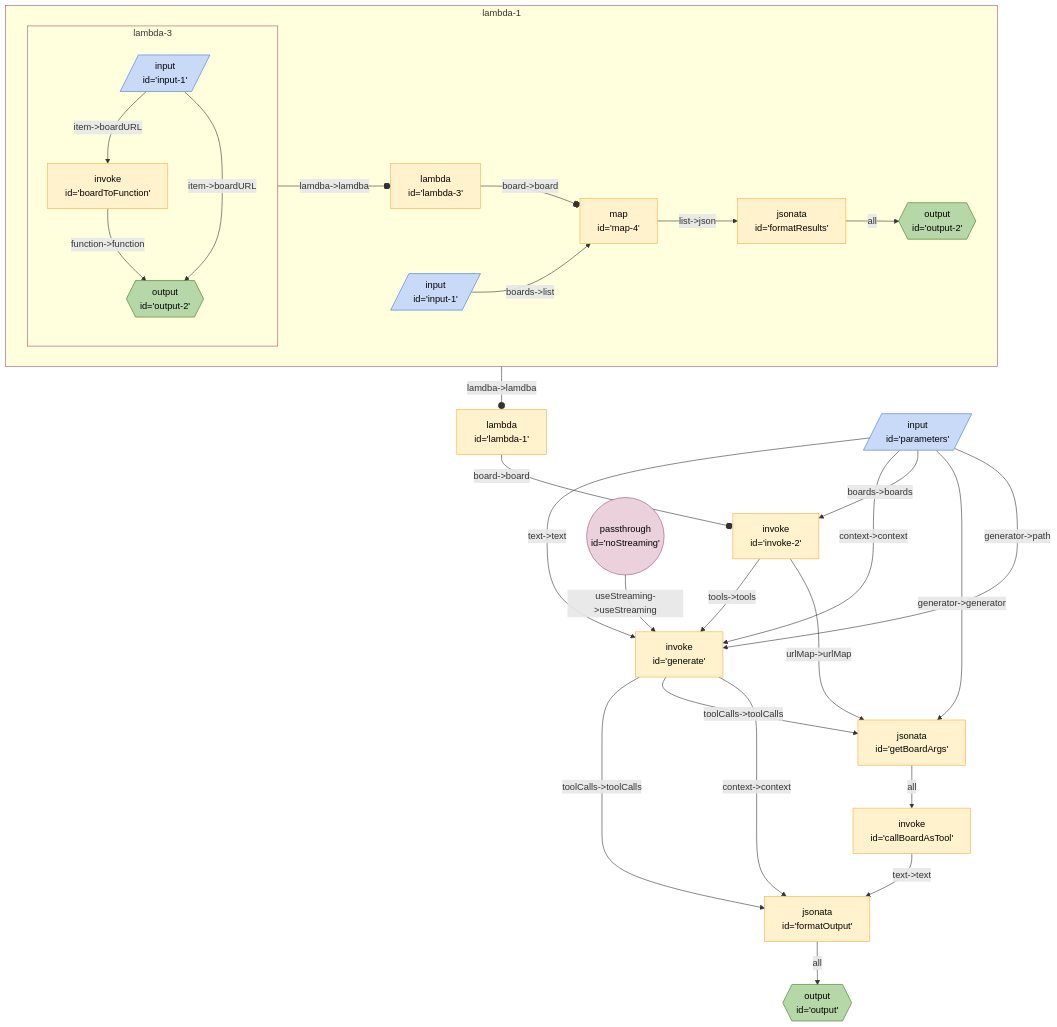
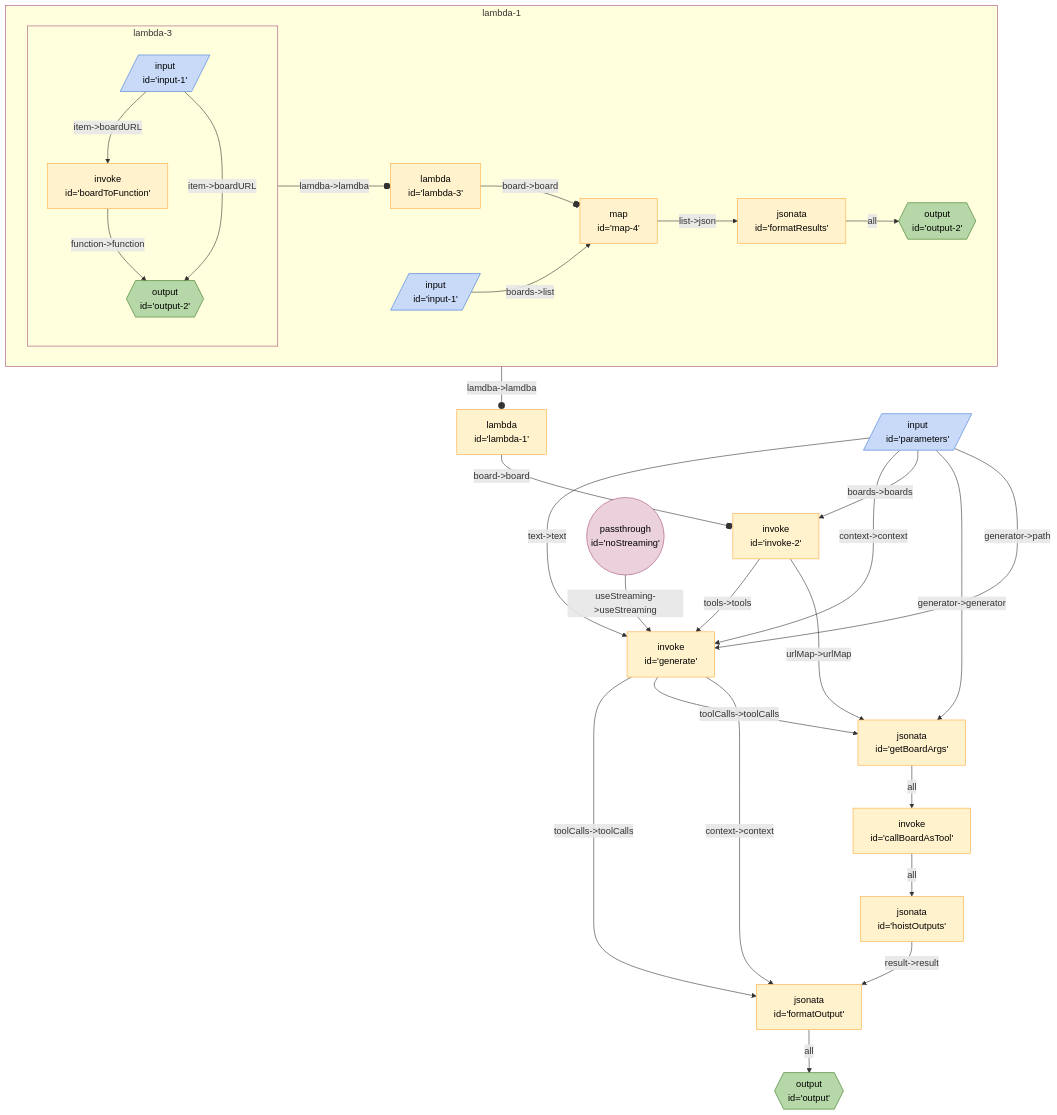
One commit to breadboard-ai/breadboard changed the diagram in seeds/breadboard-web/docs/graphs/board-caller.md. Above: the diagram before and after it, drawn with Mermaid. The commit also changed 4 other files, not shown here.

````diff
--- a/seeds/breadboard-web/docs/graphs/board-caller.md
+++ b/seeds/breadboard-web/docs/graphs/board-caller.md
@@ -3,42 +3,43 @@
 ```mermaid
 %%{init: 'themeVariables': { 'fontFamily': 'Fira Code, monospace' }}%%
 graph TD;
 lambda1["lambda <br> id='lambda-1'"] -- "board->board" --o invoke2["invoke <br> id='invoke-2'"]
 subgraph sg_lambda1 [lambda-1]
 lambda1_lambda3["lambda <br> id='lambda-3'"] -- "board->board" --o lambda1_map4["map <br> id='map-4'"]
 subgraph sg_lambda3 [lambda-3]
 lambda1_lambda3_boardToFunction["invoke <br> id='boardToFunction'"] -- "function->function" --> lambda1_lambda3_output2{{"output <br> id='output-2'"}}:::output
 lambda1_lambda3_input1[/"input <br> id='input-1'"/]:::input -- "item->boardURL" --> lambda1_lambda3_boardToFunction["invoke <br> id='boardToFunction'"]
 lambda1_lambda3_input1[/"input <br> id='input-1'"/]:::input -- "item->boardURL" --> lambda1_lambda3_output2{{"output <br> id='output-2'"}}:::output
 end
 sg_lambda3:::slotted -- "lamdba->lamdba" --o lambda1_lambda3
 
 lambda1_formatResults["jsonata <br> id='formatResults'"] -- all --> lambda1_output2{{"output <br> id='output-2'"}}:::output
 lambda1_map4["map <br> id='map-4'"] -- "list->json" --> lambda1_formatResults["jsonata <br> id='formatResults'"]
 lambda1_input1[/"input <br> id='input-1'"/]:::input -- "boards->list" --> lambda1_map4["map <br> id='map-4'"]
 end
 sg_lambda1:::slotted -- "lamdba->lamdba" --o lambda1
 
 noStreaming(("passthrough <br> id='noStreaming'")):::passthrough -- "useStreaming->useStreaming" --> generate["invoke <br> id='generate'"]
 generate["invoke <br> id='generate'"] -- "toolCalls->toolCalls" --> formatOutput["jsonata <br> id='formatOutput'"]
 parameters[/"input <br> id='parameters'"/]:::input -- "text->text" --> generate["invoke <br> id='generate'"]
 parameters[/"input <br> id='parameters'"/]:::input -- "context->context" --> generate["invoke <br> id='generate'"]
 invoke2["invoke <br> id='invoke-2'"] -- "tools->tools" --> generate["invoke <br> id='generate'"]
 invoke2["invoke <br> id='invoke-2'"] -- "urlMap->urlMap" --> getBoardArgs["jsonata <br> id='getBoardArgs'"]
 parameters[/"input <br> id='parameters'"/]:::input -- "boards->boards" --> invoke2["invoke <br> id='invoke-2'"]
 formatOutput["jsonata <br> id='formatOutput'"] -- all --> output{{"output <br> id='output'"}}:::output
-callBoardAsTool["invoke <br> id='callBoardAsTool'"] -- "text->text" --> formatOutput["jsonata <br> id='formatOutput'"]
+hoistOutputs["jsonata <br> id='hoistOutputs'"] -- "result->result" --> formatOutput["jsonata <br> id='formatOutput'"]
+callBoardAsTool["invoke <br> id='callBoardAsTool'"] -- all --> hoistOutputs["jsonata <br> id='hoistOutputs'"]
 getBoardArgs["jsonata <br> id='getBoardArgs'"] -- all --> callBoardAsTool["invoke <br> id='callBoardAsTool'"]
 parameters[/"input <br> id='parameters'"/]:::input -- "generator->generator" --> getBoardArgs["jsonata <br> id='getBoardArgs'"]
 generate["invoke <br> id='generate'"] -- "toolCalls->toolCalls" --> getBoardArgs["jsonata <br> id='getBoardArgs'"]
 generate["invoke <br> id='generate'"] -- "context->context" --> formatOutput["jsonata <br> id='formatOutput'"]
 parameters[/"input <br> id='parameters'"/]:::input -- "generator->path" --> generate["invoke <br> id='generate'"]
 classDef default stroke:#ffab40,fill:#fff2ccff,color:#000
 classDef input stroke:#3c78d8,fill:#c9daf8ff,color:#000
 classDef output stroke:#38761d,fill:#b6d7a8ff,color:#000
 classDef passthrough stroke:#a64d79,fill:#ead1dcff,color:#000
 classDef slot stroke:#a64d79,fill:#ead1dcff,color:#000
 classDef config stroke:#a64d79,fill:#ead1dcff,color:#000
 classDef secrets stroke:#db4437,fill:#f4cccc,color:#000
 classDef slotted stroke:#a64d79
 ```
````
